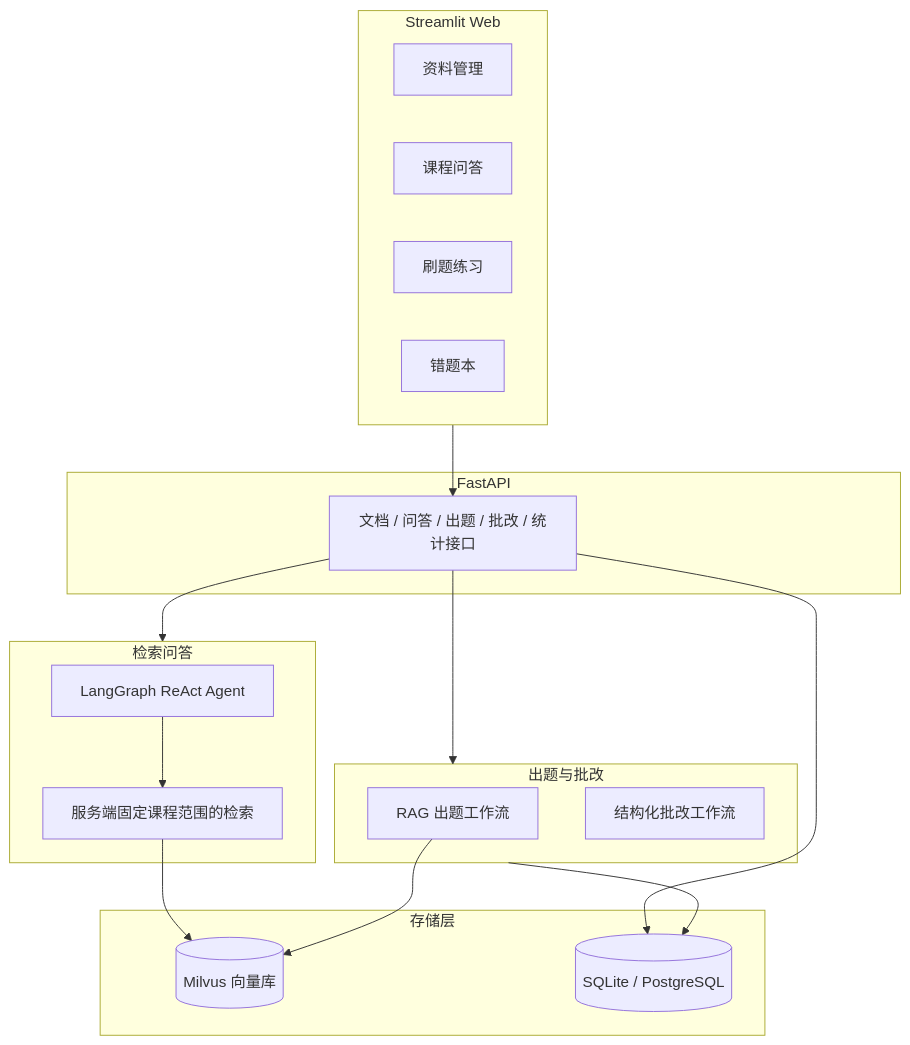
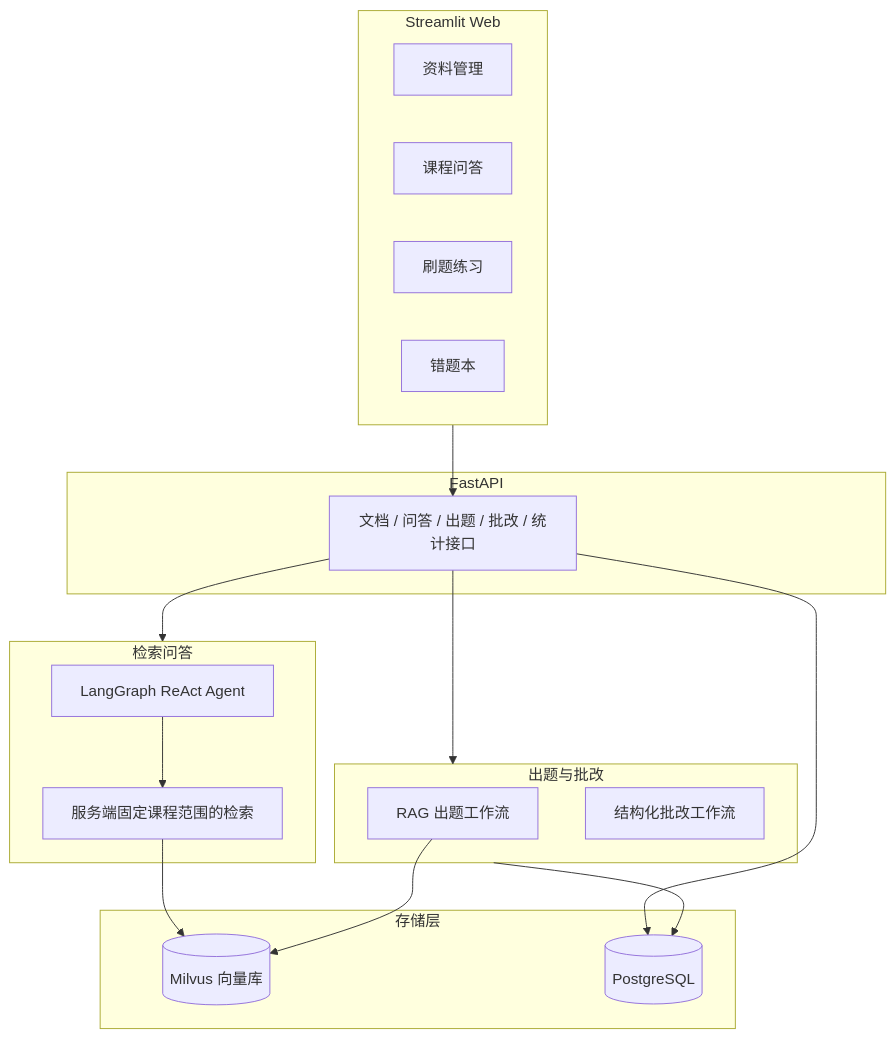
One commit to tea-kaze/CourseMate_Agent changed the diagram in 项目文档/技术文档.md. Above: the diagram before and after it, drawn with Mermaid. The commit also changed other lines of this file and 2 other files, not shown here.

````diff
--- a/项目文档/技术文档.md
+++ b/项目文档/技术文档.md
@@ -32,25 +32,25 @@
 ```mermaid
 flowchart TB
     subgraph Frontend[Streamlit Web]
         P1[资料管理] & P2[课程问答] & P3[刷题练习] & P4[错题本]
     end
     subgraph Backend[FastAPI]
         API[文档 / 问答 / 出题 / 批改 / 统计接口]
     end
     subgraph Chat[检索问答]
         AGENT[LangGraph ReAct Agent] --> SEARCH[服务端固定课程范围的检索]
     end
     subgraph Quiz[出题与批改]
         GEN[RAG 出题工作流] & GRADE[结构化批改工作流]
     end
     subgraph Storage[存储层]
         MILVUS[(Milvus 向量库)]
-        DB[(SQLite / PostgreSQL)]
+        DB[(PostgreSQL)]
     end
     Frontend --> API
     API --> Chat & Quiz
     SEARCH --> MILVUS
     GEN --> MILVUS
     API --> DB
     Quiz --> DB
 ```
````
